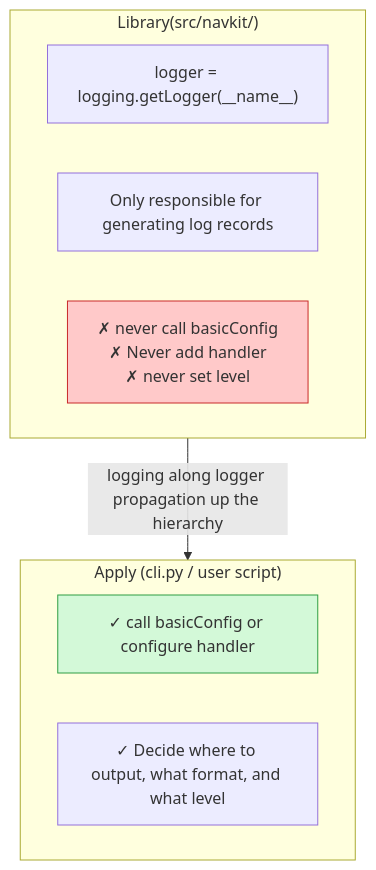
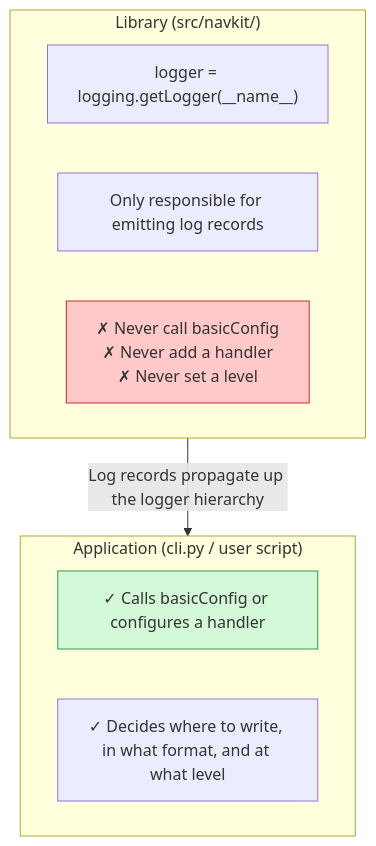
One commit to TingdeLiu/tingdeliu.github.io changed diagram 15 of 22 in _translations/en/research/Python-Engineering-Survey.md. Above: the diagram before and after it, drawn with Mermaid. The commit also changed other lines of this file and 51 other files, not shown here.

````diff
--- a/_translations/en/research/Python-Engineering-Survey.md
+++ b/_translations/en/research/Python-Engineering-Survey.md
@@ -1305,15 +1305,15 @@
 ```mermaid
 flowchart TB
-    subgraph LIB["Library(src/navkit/)"]
+    subgraph LIB["Library (src/navkit/)"]
         L1["logger = logging.getLogger(__name__)"]
-        L2["Only responsible for generating log records"]
-        L3["✗ never call basicConfig<br/>✗ Never add handler<br/>✗ never set level"]
+        L2["Only responsible for emitting log records"]
+        L3["✗ Never call basicConfig<br/>✗ Never add a handler<br/>✗ Never set a level"]
     end
-    subgraph APP["Apply (cli.py / user script)"]
-        A1["✓ call basicConfig or configure handler"]
-        A2["✓ Decide where to output, what format, and what level"]
+    subgraph APP["Application (cli.py / user script)"]
+        A1["✓ Calls basicConfig or configures a handler"]
+        A2["✓ Decides where to write, in what format, and at what level"]
     end
-    LIB -->|"logging along logger propagation up the hierarchy"| APP
+    LIB -->|"Log records propagate up the logger hierarchy"| APP
     style L3 fill:#ffc9c9,stroke:#c92a2a
     style A1 fill:#d3f9d8,stroke:#2f9e44
 ```
````
